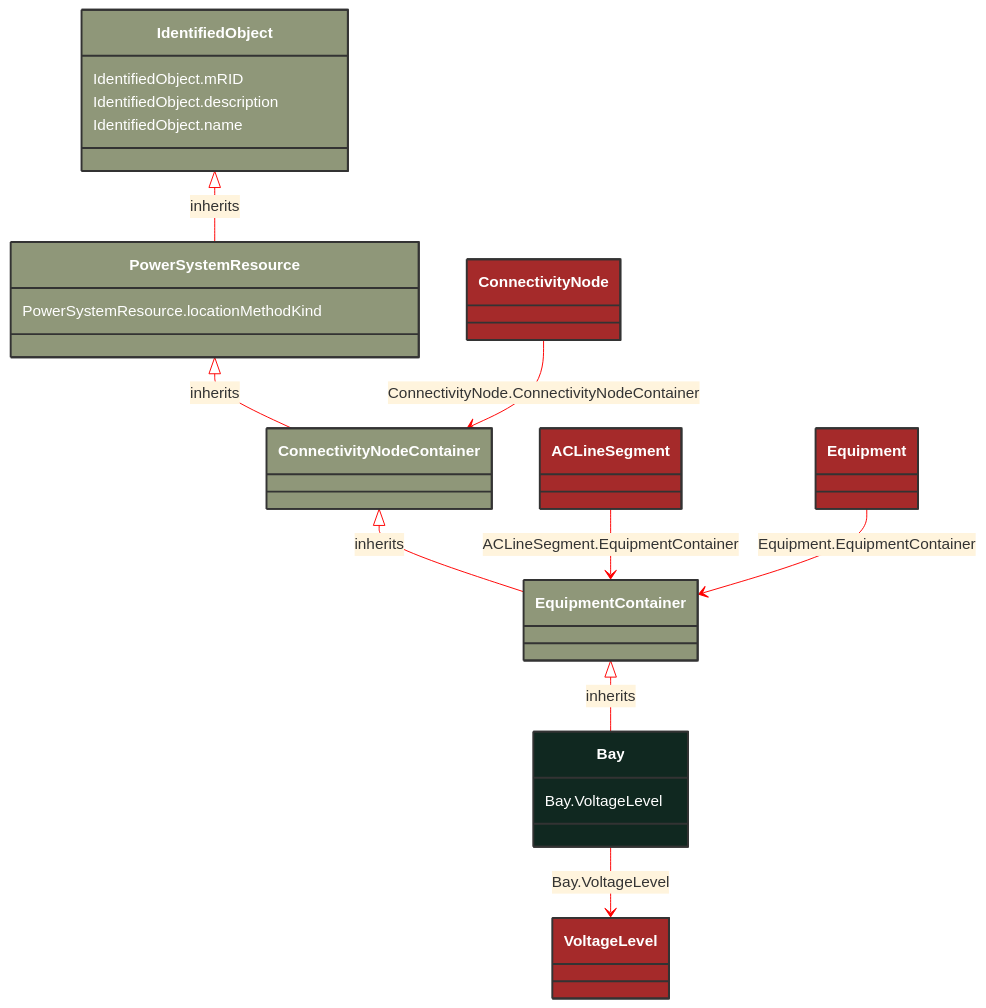
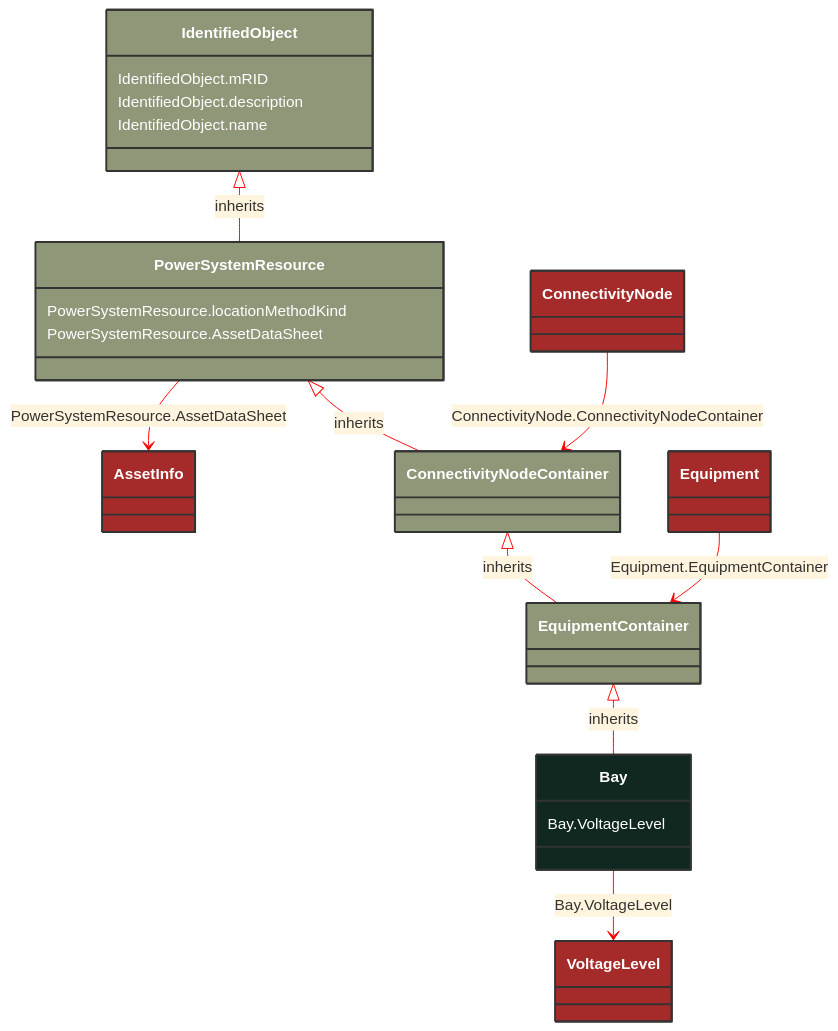
One commit to 3lbits/NoCIMExtensions changed the diagram in docs/Models/Profiles/Telemark-120Equipment/ConcreteClasses/Bay.md. Above: the diagram before and after it, drawn with Mermaid. The commit also changed other lines of this file and 297 other files, not shown here.

````diff
--- a/docs/Models/Profiles/Telemark-120Equipment/ConcreteClasses/Bay.md
+++ b/docs/Models/Profiles/Telemark-120Equipment/ConcreteClasses/Bay.md
@@ -8,54 +8,54 @@
 ```mermaid
 %%{init: {'theme':'base','themeVariables': {'lineColor': '#FF0000'}}}%%
 classDiagram
     class Bay
     click Bay href "/Models/Profiles/Telemark-120Equipment/ConcreteClasses/Bay/"
     style Bay fill:#102820,stroke:#333,stroke-width:2px,rx:10,ry:10,color:white
      
         EquipmentContainer <|-- Bay : inherits
             click EquipmentContainer href "/Models/Profiles/Telemark-120Equipment/AbstractClasses/EquipmentContainer/"
             style EquipmentContainer fill:#8F9779,stroke:#333,stroke-width:2px,rx:10,ry:10,color:white
      
         ConnectivityNodeContainer <|-- EquipmentContainer : inherits
             click ConnectivityNodeContainer href "/Models/Profiles/Telemark-120Equipment/AbstractClasses/ConnectivityNodeContainer/"
             style ConnectivityNodeContainer fill:#8F9779,stroke:#333,stroke-width:2px,rx:10,ry:10,color:white
      
         PowerSystemResource <|-- ConnectivityNodeContainer : inherits
             click PowerSystemResource href "/Models/Profiles/Telemark-120Equipment/AbstractClasses/PowerSystemResource/"
             style PowerSystemResource fill:#8F9779,stroke:#333,stroke-width:2px,rx:10,ry:10,color:white
      
         IdentifiedObject <|-- PowerSystemResource : inherits
             click IdentifiedObject href "/Models/Profiles/Telemark-120Equipment/AbstractClasses/IdentifiedObject/"
             style IdentifiedObject fill:#8F9779,stroke:#333,stroke-width:2px,rx:10,ry:10,color:white
 
         Bay --> VoltageLevel : Bay.VoltageLevel
 
         VoltageLevel
             click VoltageLevel href "/Models/Profiles/Telemark-120Equipment/ConcreteClasses/VoltageLevel/"
             style VoltageLevel fill:#A52A2A,stroke:#333,stroke-width:2px,rx:10,ry:10,color:white
+        PowerSystemResource --> AssetInfo : PowerSystemResource.AssetDataSheet
 
-        ACLineSegment --> EquipmentContainer : ACLineSegment.EquipmentContainer
-
-        ACLineSegment
-            click ACLineSegment href "/Models/Profiles/Telemark-120Equipment/ConcreteClasses/ACLineSegment/"
-            style ACLineSegment fill:#A52A2A,stroke:#333,stroke-width:2px,rx:10,ry:10,color:white
+        AssetInfo
+            click AssetInfo href "/Models/Profiles/Telemark-120Equipment/ConcreteClasses/AssetInfo/"
+            style AssetInfo fill:#A52A2A,stroke:#333,stroke-width:2px,rx:10,ry:10,color:white
 
         ConnectivityNode --> ConnectivityNodeContainer : ConnectivityNode.ConnectivityNodeContainer
 
         ConnectivityNode
             click ConnectivityNode href "/Models/Profiles/Telemark-120Equipment/ConcreteClasses/ConnectivityNode/"
             style ConnectivityNode fill:#A52A2A,stroke:#333,stroke-width:2px,rx:10,ry:10,color:white
 
         Equipment --> EquipmentContainer : Equipment.EquipmentContainer
 
         Equipment
             click Equipment href "/Models/Profiles/Telemark-120Equipment/AbstractClasses/Equipment/"
             style Equipment fill:#A52A2A,stroke:#333,stroke-width:2px,rx:10,ry:10,color:white
 
 
         Bay : Bay.VoltageLevel
         PowerSystemResource : PowerSystemResource.locationMethodKind
+        PowerSystemResource : PowerSystemResource.AssetDataSheet
         IdentifiedObject : IdentifiedObject.mRID
         IdentifiedObject : IdentifiedObject.description
         IdentifiedObject : IdentifiedObject.name
 ```
````
